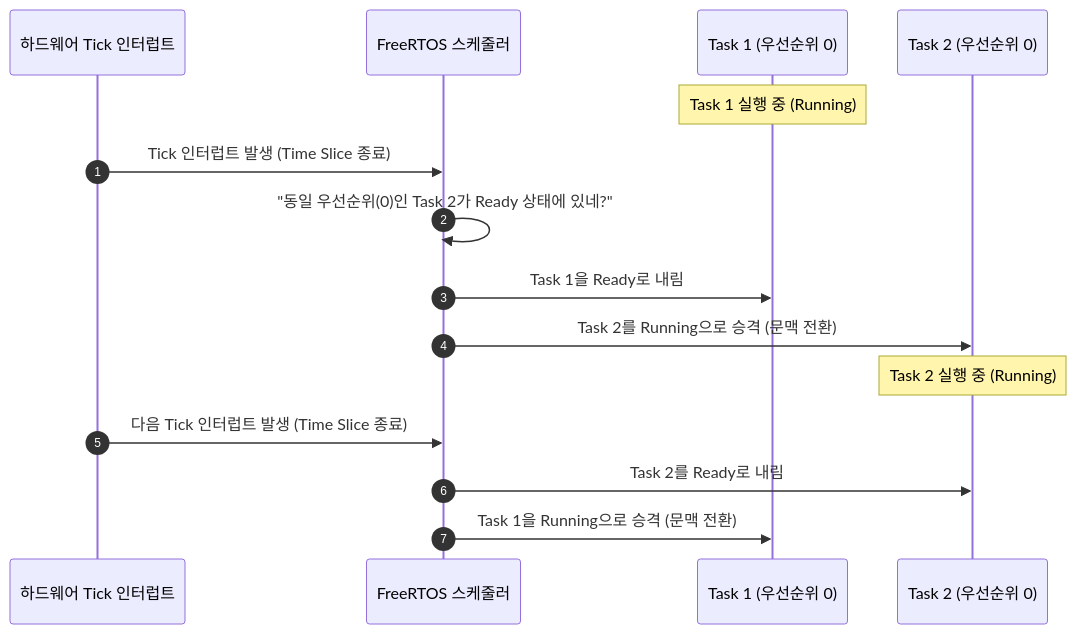
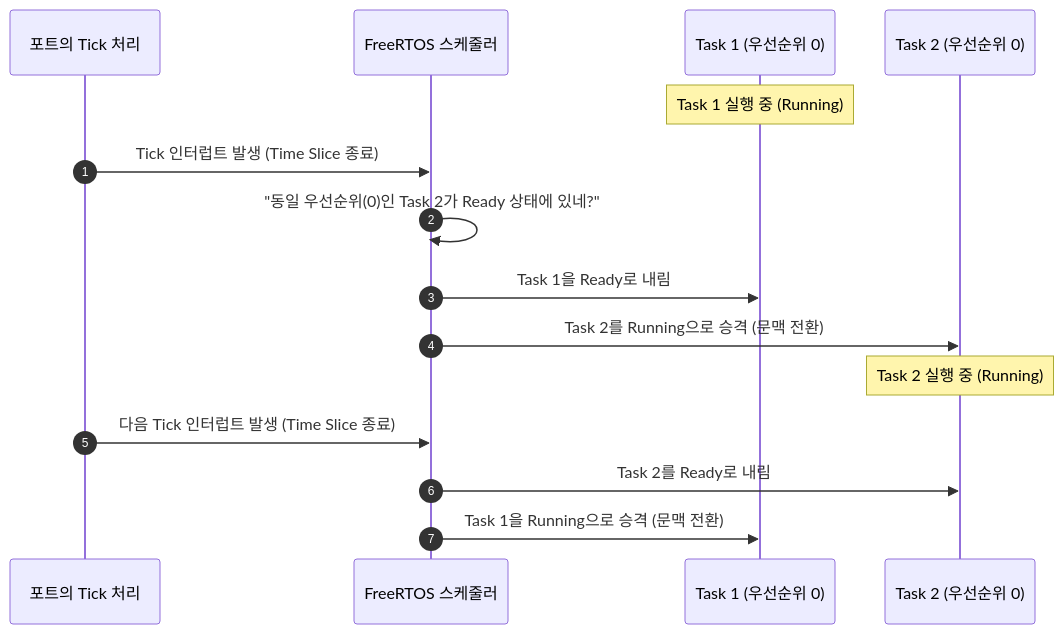
One commit to yunju-baek/FreeRTOS-Tutorials-ko changed the second of 2 diagrams in ko/guides/tutorial_6.md. Above: the diagram before and after it, drawn with Mermaid. The commit also changed other lines of this file and 37 other files, not shown here.

````diff
--- a/ko/guides/tutorial_6.md
+++ b/ko/guides/tutorial_6.md
@@ -66,18 +68,18 @@
 ```mermaid
 sequenceDiagram
     autonumber
-    participant Tick as 하드웨어 Tick 인터럽트
+    participant Tick as 포트의 Tick 처리
     participant Sched as FreeRTOS 스케줄러
     participant T1 as Task 1 (우선순위 0)
     participant T2 as Task 2 (우선순위 0)
 
     Note over T1: Task 1 실행 중 (Running)
     Tick->>Sched: Tick 인터럽트 발생 (Time Slice 종료)
     Sched->>Sched: "동일 우선순위(0)인 Task 2가 Ready 상태에 있네?"
     Sched->>T1: Task 1을 Ready로 내림
     Sched->>T2: Task 2를 Running으로 승격 (문맥 전환)
     Note over T2: Task 2 실행 중 (Running)
     Tick->>Sched: 다음 Tick 인터럽트 발생 (Time Slice 종료)
     Sched->>T2: Task 2를 Ready로 내림
     Sched->>T1: Task 1을 Running으로 승격 (문맥 전환)
 ```
````
